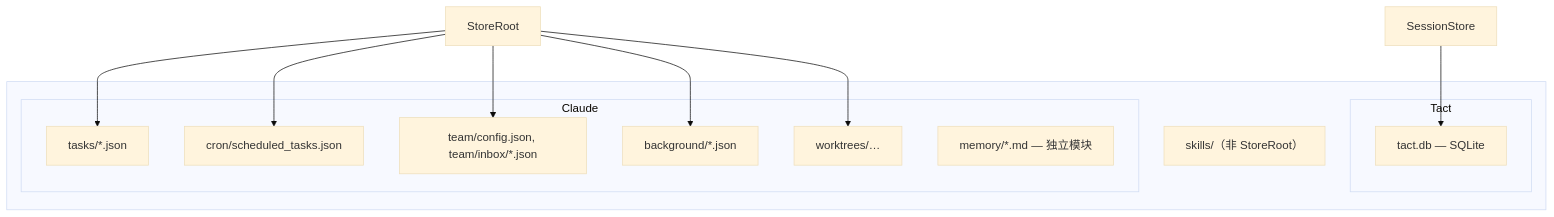
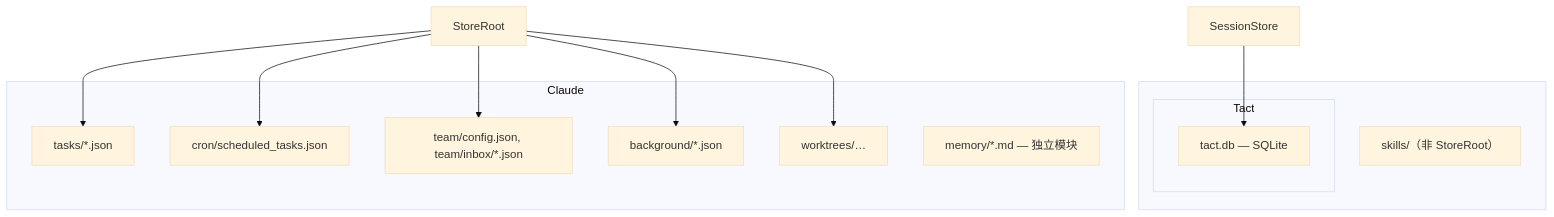
Before and after one commit to rust-infra/tact: the first of 2 diagrams in book/01_chapter_store_zh.md, drawn with Mermaid (base theme). The commit also changed other lines of this file and 83 other files, not shown here.

````diff
--- a/book/01_chapter_store_zh.md
+++ b/book/01_chapter_store_zh.md
@@ -20,29 +20,29 @@
 ```mermaid
 graph TB
     subgraph Workdir["<workdir>"]
         Tact[".tact/"]
-        Claude[".claude/"]
+        Tact[".tact/"]
         Skills["skills/（非 StoreRoot）"]
     end
 
     subgraph Tact
         DB["tact.db — SQLite"]
     end
 
     subgraph Claude
         Tasks["tasks/*.json"]
         Cron["cron/scheduled_tasks.json"]
         Team["team/config.json, team/inbox/*.json"]
         BG["background/*.json"]
         WT["worktrees/…"]
         Mem["memory/*.md — 独立模块"]
     end
 
     SR[StoreRoot] --> Tasks
     SR --> Cron
     SR --> Team
     SR --> BG
     SR --> WT
 
     SS[SessionStore] --> DB
 ```
````
